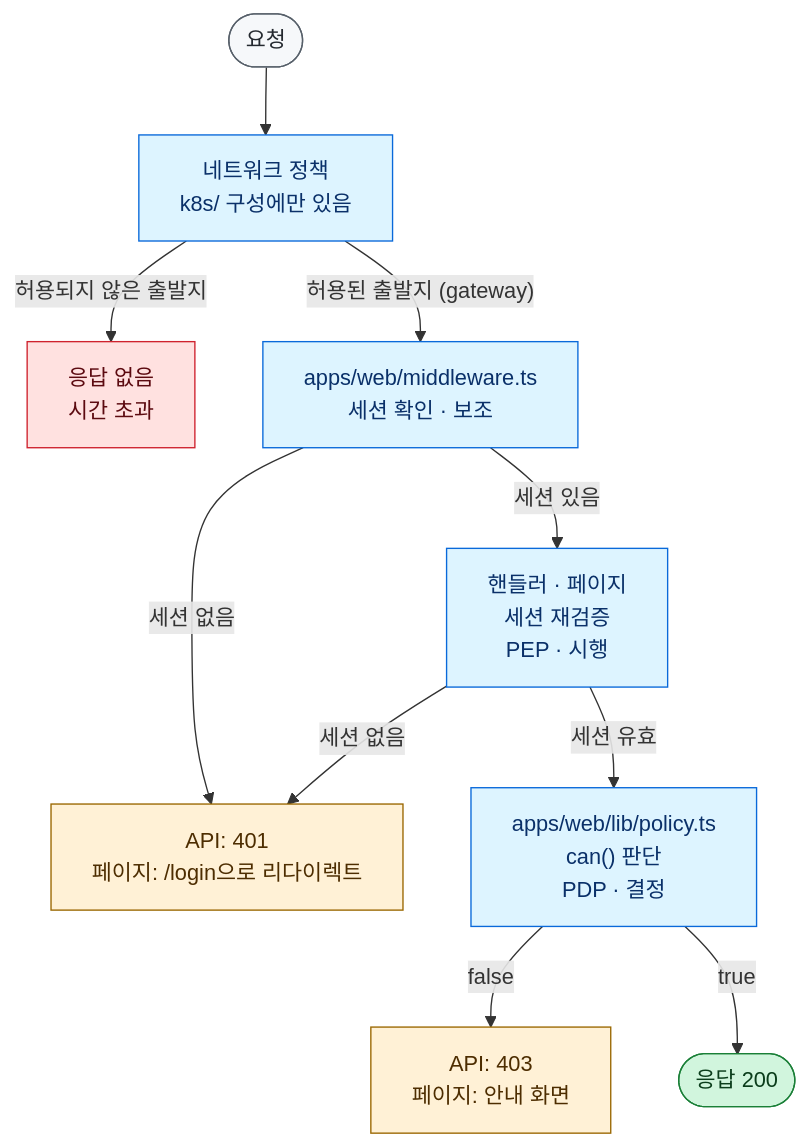
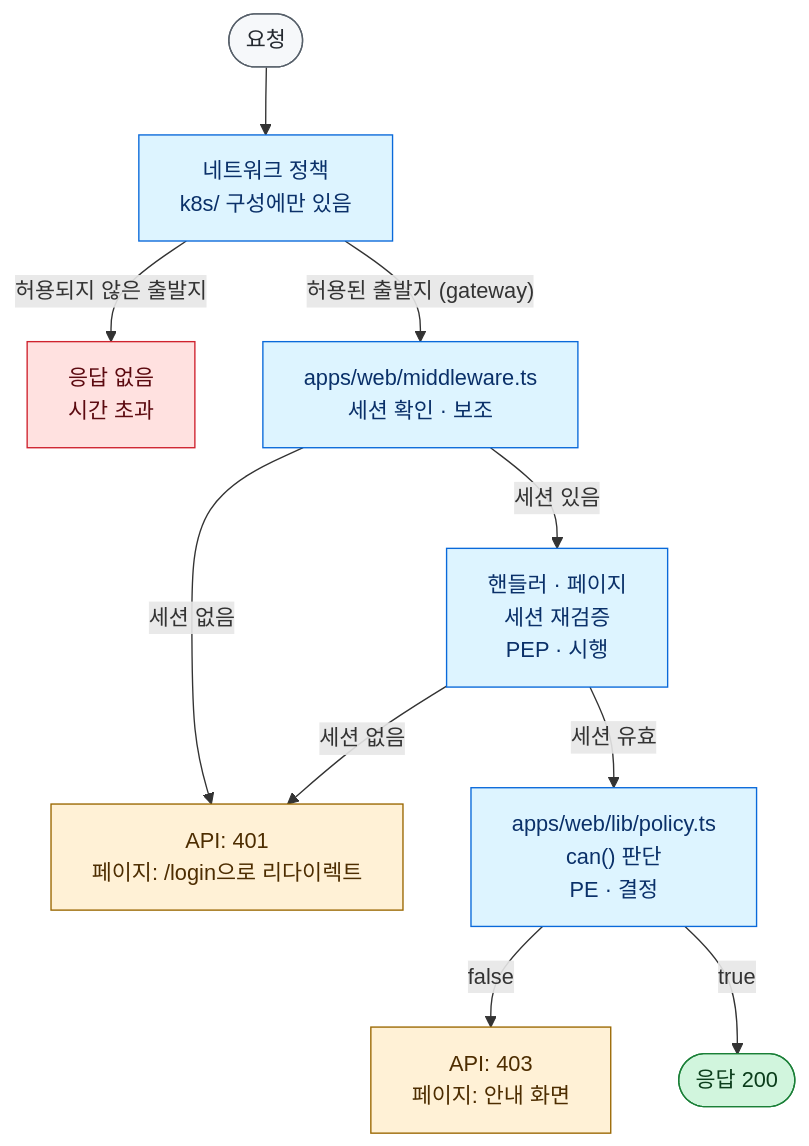
One commit to loquemedalagana/secure-enroll-demo changed the diagram in docs/zero-trust-mapping.md. Above: the diagram before and after it, drawn with Mermaid. The commit also changed other lines of this file, not shown here.

First line of the commit message:
docs: zero-trust-mapping.md 1절 그림의 can()을 PE로 적고 범례에 회색 상자를 추가

````diff
--- a/docs/zero-trust-mapping.md
+++ b/docs/zero-trust-mapping.md
@@ -7,23 +7,23 @@
 ```mermaid
 flowchart TD
   req(["요청"]) --> np["네트워크 정책<br/>k8s/ 구성에만 있음"]
   np -- "허용되지 않은 출발지" --> drop["응답 없음<br/>시간 초과"]
   np -- "허용된 출발지 (gateway)" --> mw["apps/web/middleware.ts<br/>세션 확인 · 보조"]
   mw -- "세션 없음" --> unauth["API: 401<br/>페이지: /login으로 리다이렉트"]
   mw -- "세션 있음" --> pep["핸들러 · 페이지<br/>세션 재검증<br/>PEP · 시행"]
   pep -- "세션 없음" --> unauth
-  pep -- "세션 유효" --> pdp["apps/web/lib/policy.ts<br/>can() 판단<br/>PDP · 결정"]
+  pep -- "세션 유효" --> pdp["apps/web/lib/policy.ts<br/>can() 판단<br/>PE · 결정"]
   pdp -- "false" --> forbid["API: 403<br/>페이지: 안내 화면"]
   pdp -- "true" --> ok(["응답 200"])
 
   classDef allow fill:#d1f5dd,stroke:#1a7f37,color:#0b3d1b
   classDef netdeny fill:#ffe1e0,stroke:#cf222e,color:#5c0a10
   classDef appdeny fill:#fff1d6,stroke:#9a6700,color:#4d2d00
   classDef step fill:#ddf4ff,stroke:#0969da,color:#0a3069
   classDef neutral fill:#f6f8fa,stroke:#57606a,color:#24292f
   class ok allow
   class drop netdeny
   class unauth,forbid appdeny
   class np,mw,pep,pdp step
   class req neutral
 ```
````
